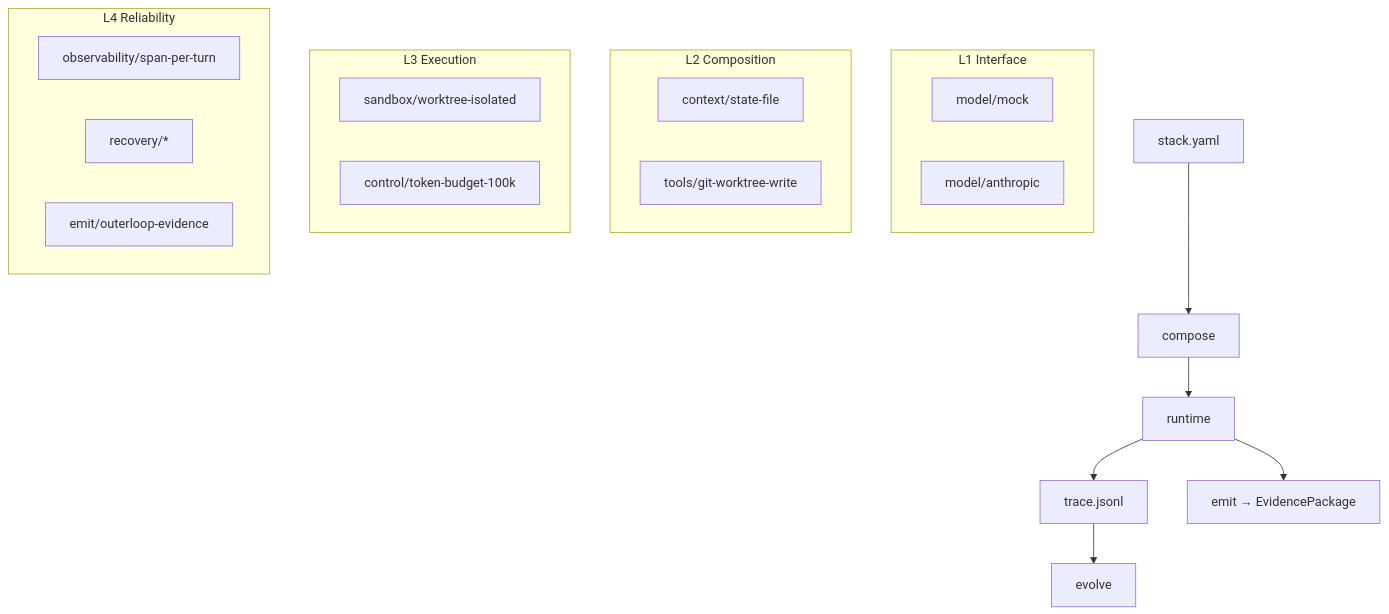
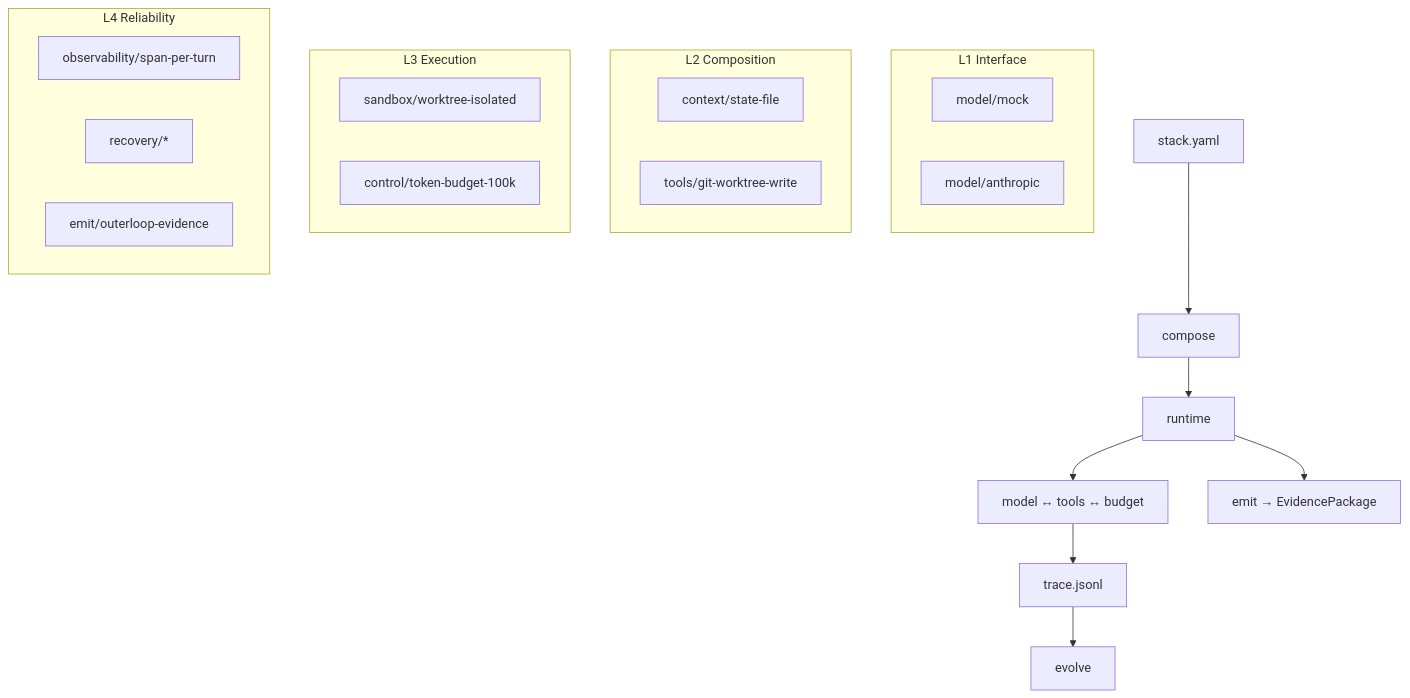
One commit to cobusgreyling/harness-foundry changed the diagram in docs/architecture.md. Above: the diagram before and after it, drawn with Mermaid. The commit also changed other lines of this file and 20 other files, not shown here.

First line of the commit message:
feat: real agent turn loop with tools and budgets

````diff
--- a/docs/architecture.md
+++ b/docs/architecture.md
@@ -3,26 +3,27 @@
 ```mermaid
 flowchart TB
   subgraph L1["L1 Interface"]
     M[model/mock]
     A[model/anthropic]
   end
   subgraph L2["L2 Composition"]
     C[context/state-file]
     T[tools/git-worktree-write]
   end
   subgraph L3["L3 Execution"]
     S[sandbox/worktree-isolated]
     B[control/token-budget-100k]
   end
   subgraph L4["L4 Reliability"]
     O[observability/span-per-turn]
     R[recovery/*]
     E[emit/outerloop-evidence]
   end
 
   Stack[stack.yaml] --> Compose[compose]
   Compose --> Runtime[runtime]
-  Runtime --> Trace[trace.jsonl]
+  Runtime --> TurnLoop[model ↔ tools ↔ budget]
+  TurnLoop --> Trace[trace.jsonl]
   Trace --> Evolve[evolve]
   Runtime --> Emit[emit → EvidencePackage]
 ```
````
